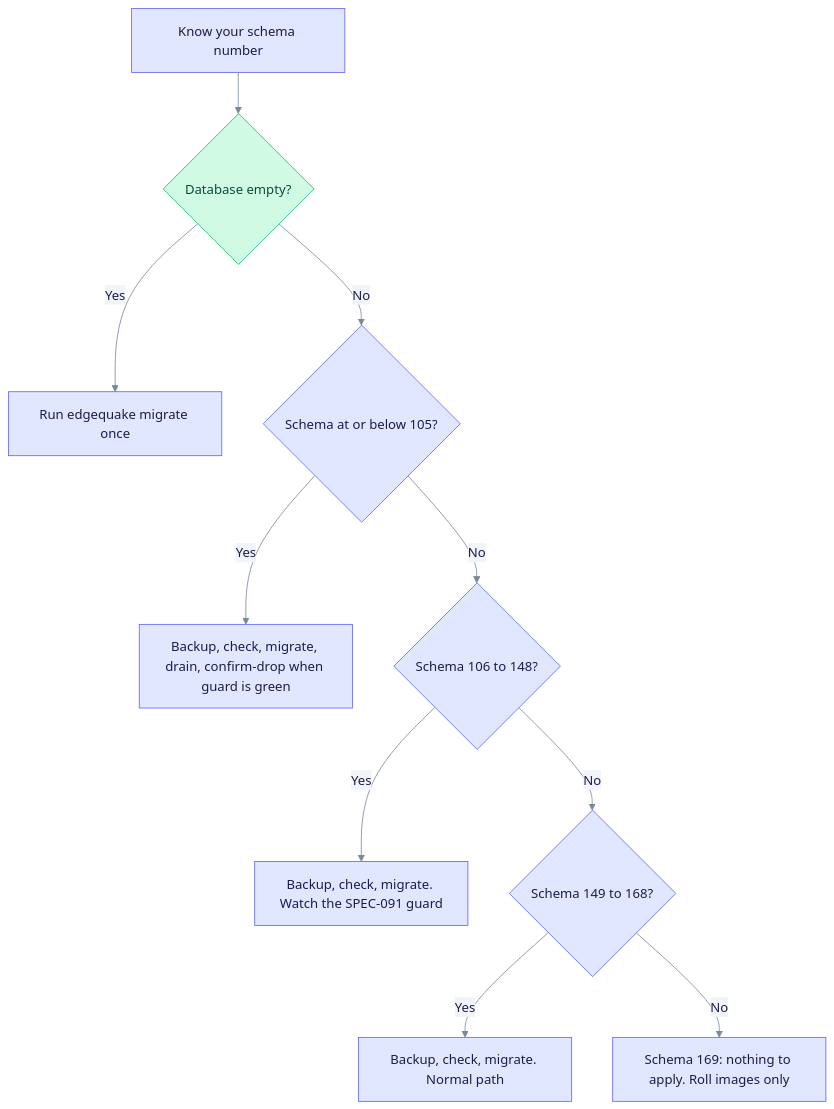
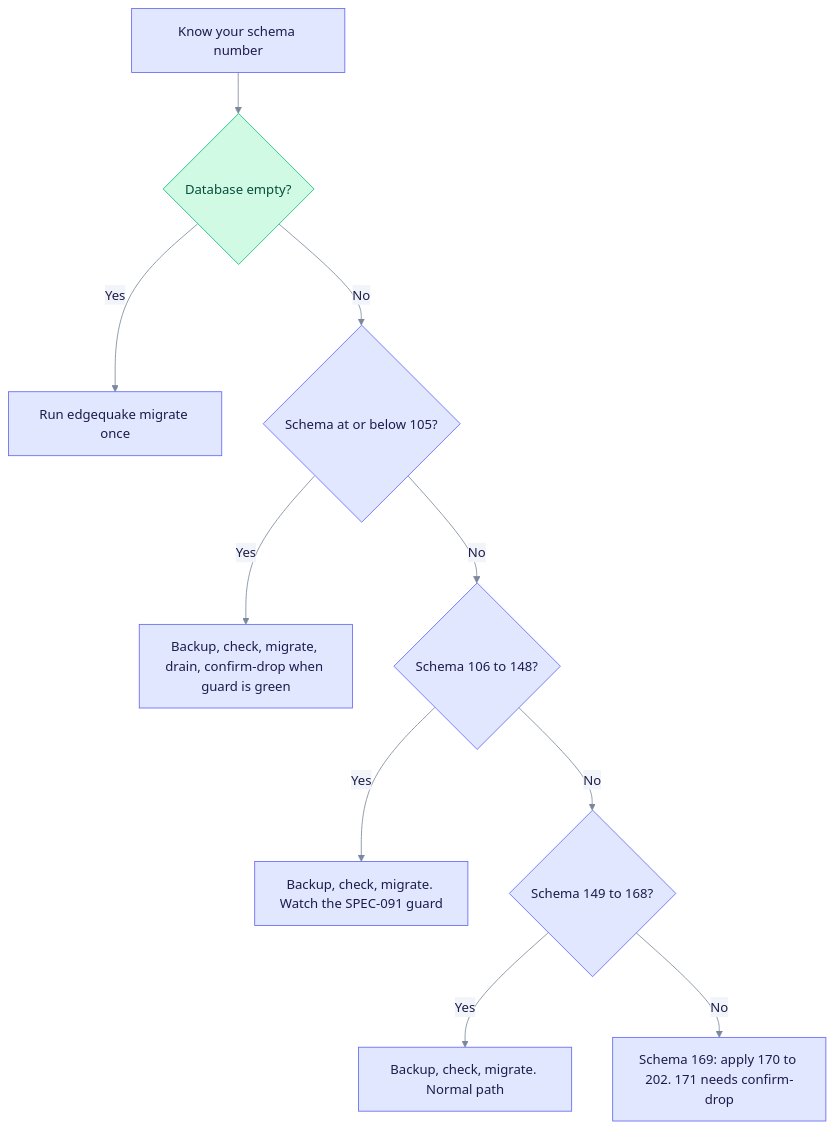
Before and after one commit to YatchiYa/edgequake: the first of 3 diagrams in docs/operations/upgrading.md, drawn with Mermaid. The commit also changed other lines of this file and 375 other files, not shown here.

````diff
--- a/docs/operations/upgrading.md
+++ b/docs/operations/upgrading.md
@@ -24,17 +24,17 @@
 ```mermaid
 %%{init: {"theme":"base","themeVariables":{"primaryColor":"#E0E7FF","primaryBorderColor":"#6366F1","primaryTextColor":"#1E1B4B","secondaryColor":"#D1FAE5","secondaryBorderColor":"#10B981","secondaryTextColor":"#064E3B","tertiaryColor":"#FEF3C7","tertiaryBorderColor":"#F59E0B","tertiaryTextColor":"#6B7A90","lineColor":"#7A889C","clusterBkg":"rgba(99,102,241,0.07)","clusterBorder":"#A5B4FC","noteBkgColor":"#FEF9C3","noteTextColor":"#422006","textColor":"#6B7A90","titleColor":"#6B7A90","signalColor":"#7A889C","signalTextColor":"#6B7A90","loopTextColor":"#6B7A90","edgeLabelBackground":"#F1F5F9","actorLineColor":"#94A3B8"}}}%%
 %% eq-theme:v1
 flowchart TD
   A["Know your schema number"] --> B{"Database empty?"}
   B -->|Yes| C["Run edgequake migrate once"]
   B -->|No| D{"Schema at or below 105?"}
   D -->|Yes| E["Backup, check, migrate, drain, confirm-drop when guard is green"]
   D -->|No| F{"Schema 106 to 148?"}
   F -->|Yes| G["Backup, check, migrate. Watch the SPEC-091 guard"]
   F -->|No| H{"Schema 149 to 168?"}
   H -->|Yes| I["Backup, check, migrate. Normal path"]
-  H -->|No| J["Schema 169: nothing to apply. Roll images only"]
+  H -->|No| J["Schema 169: apply 170 to 202. 171 needs confirm-drop"]
 %% eq-classes
 classDef eqStore fill:#D1FAE5,stroke:#10B981,color:#064E3B
 class B eqStore
 ```
````
